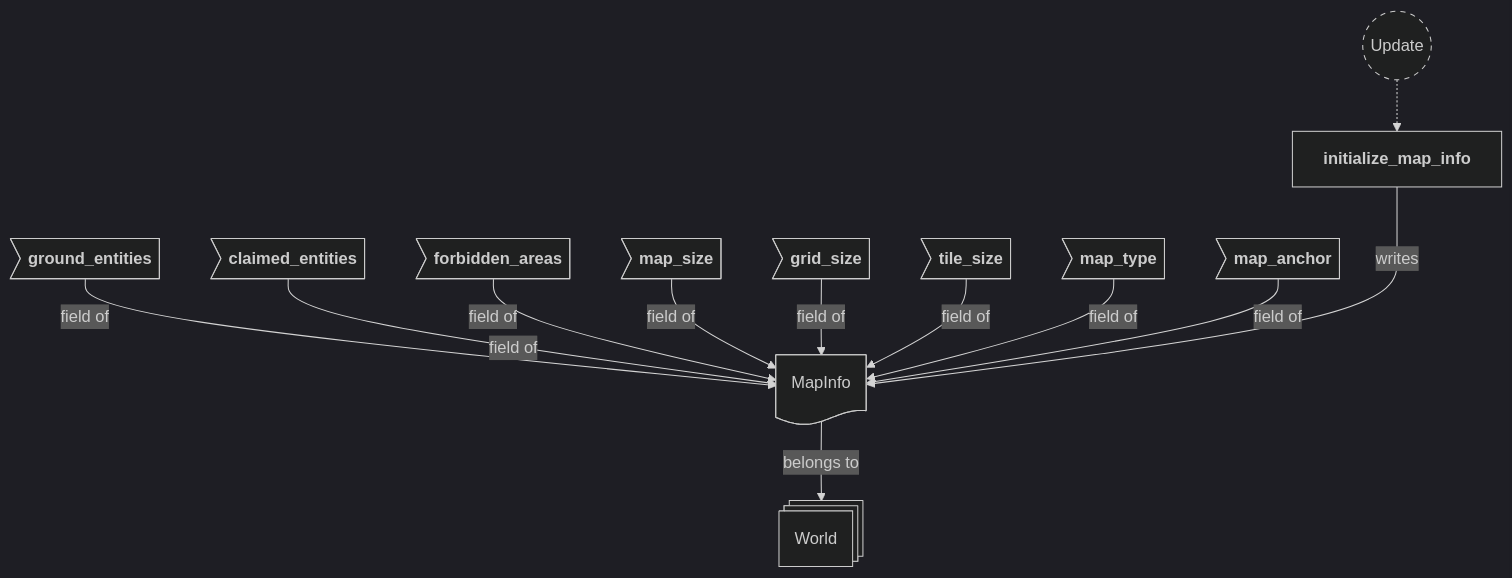
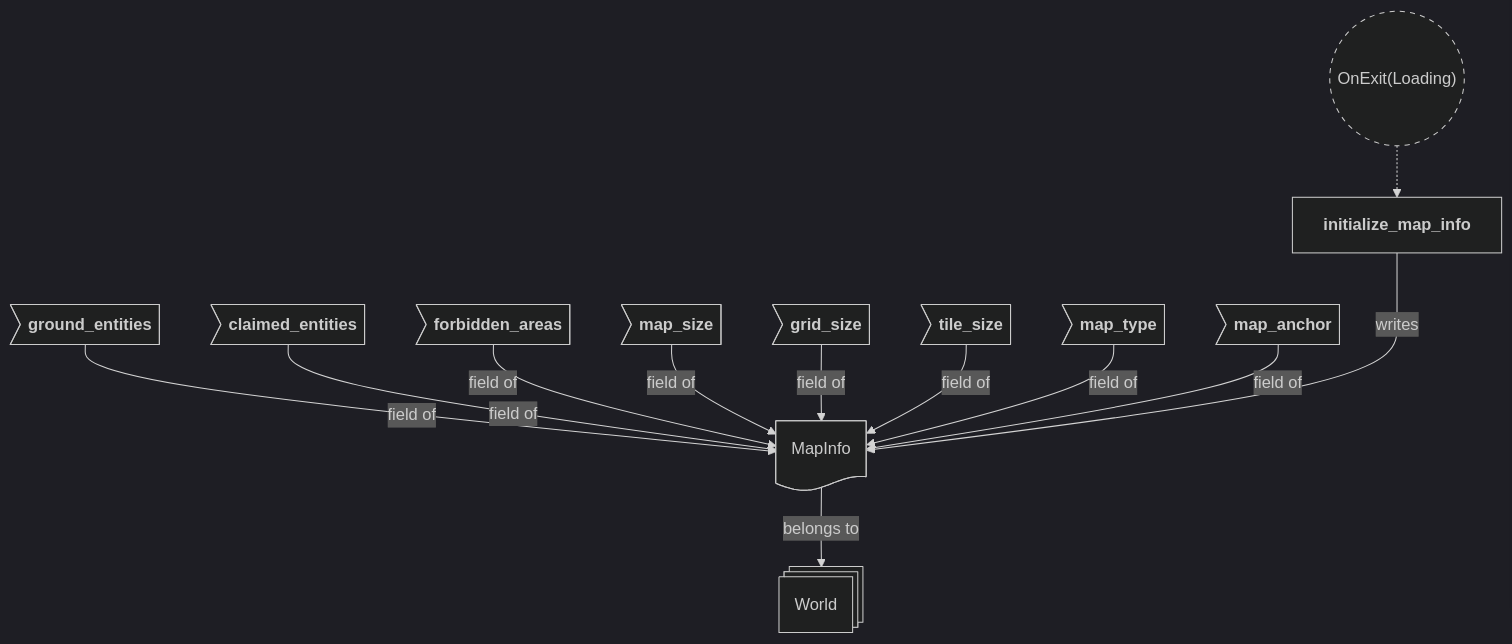
One commit to neurosoup/tyled changed the fifth of 10 diagrams in backlog/docs/doc-3 - 001-Maps-plugin.md. Above: the diagram before and after it, drawn with Mermaid. The commit also changed other lines of this file and 9 other files, not shown here.

````diff
--- a/backlog/docs/doc-3 - 001-Maps-plugin.md
+++ b/backlog/docs/doc-3 - 001-Maps-plugin.md
@@ -251,38 +218,38 @@
 ```mermaid
 ---
 config:
   theme: dark
 ---
 
 flowchart TD
 classDef system-group stroke-dasharray: 5 5
 
-update(("`Update`")):::system-group
+on_exit_loading(("`OnExit(Loading)`")):::system-group
 initialize_map_info["`**initialize_map_info**`"]
 
-update -.-> initialize_map_info
+on_exit_loading -.-> initialize_map_info
 
 world@{ shape: st-rect, label: "World" }
 map_info_res@{ shape: doc, label: "MapInfo" }
 
 map_info_ground>"`**ground_entities**`"]
 map_info_claimed>"`**claimed_entities**`"]
 map_info_forbidden>"`**forbidden_areas**`"]
 map_info_map_size>"`**map_size**`"]
 map_info_grid_size>"`**grid_size**`"]
 map_info_tile_size>"`**tile_size**`"]
 map_info_map_type>"`**map_type**`"]
 map_info_map_anchor>"`**map_anchor**`"]
 
 map_info_res --> |belongs to| world
 map_info_ground --> |field of| map_info_res
 map_info_claimed --> |field of| map_info_res
 map_info_forbidden --> |field of| map_info_res
 map_info_map_size --> |field of| map_info_res
 map_info_grid_size --> |field of| map_info_res
 map_info_tile_size --> |field of| map_info_res
 map_info_map_type --> |field of| map_info_res
 map_info_map_anchor --> |field of| map_info_res
 
 initialize_map_info ---> |writes| map_info_res
 ```
````
